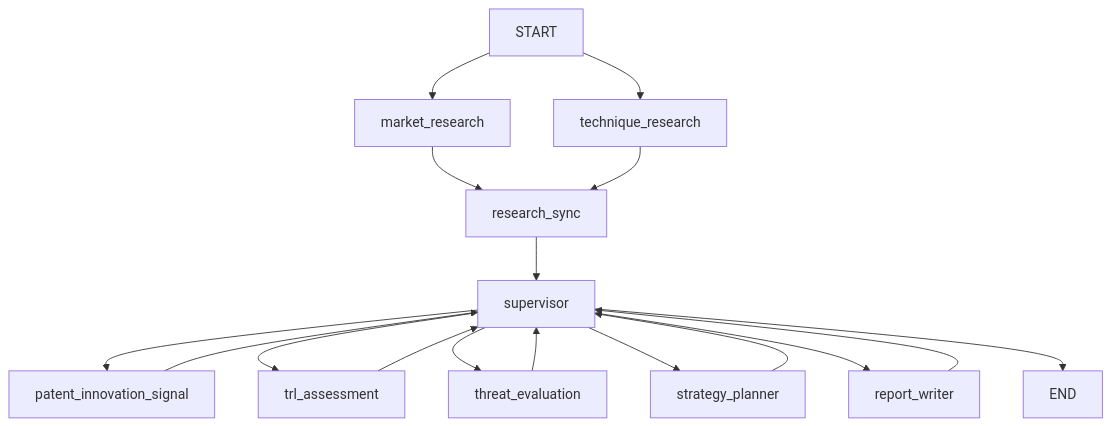
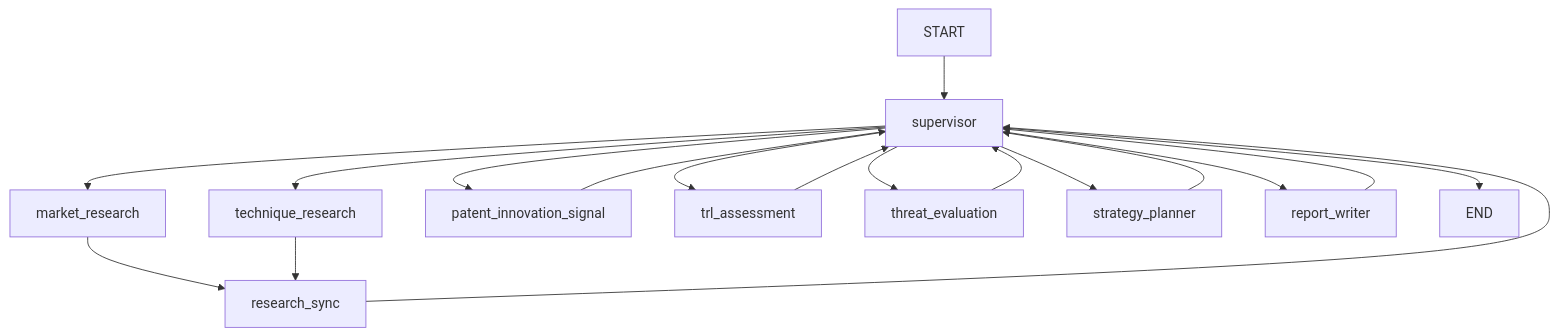
One commit to sSSBJS/ai-mini-project changed the diagram in README.md. Above: the diagram before and after it, drawn with Mermaid. The commit also changed other lines of this file, not shown here.

Commit message:
docs: README 수정

````diff
--- a/README.md
+++ b/README.md
@@ -58,33 +58,34 @@
 ```mermaid
 flowchart TD
     n_start["START"]
     n_market["market_research"]
     n_tech["technique_research"]
     n_sync["research_sync"]
     n_supervisor["supervisor"]
     n_patent["patent_innovation_signal"]
     n_trl["trl_assessment"]
     n_threat["threat_evaluation"]
     n_strategy["strategy_planner"]
     n_report["report_writer"]
     n_end["END"]
 
-    n_start --> n_market
-    n_start --> n_tech
+    n_start --> n_supervisor
+    n_supervisor --> n_market
+    n_supervisor --> n_tech
     n_market --> n_sync
     n_tech --> n_sync
     n_sync --> n_supervisor
 
     n_supervisor --> n_patent
     n_supervisor --> n_trl
     n_supervisor --> n_threat
     n_supervisor --> n_strategy
     n_supervisor --> n_report
     n_supervisor --> n_end
 
     n_patent --> n_supervisor
     n_trl --> n_supervisor
     n_threat --> n_supervisor
     n_strategy --> n_supervisor
     n_report --> n_supervisor
 ```
````
